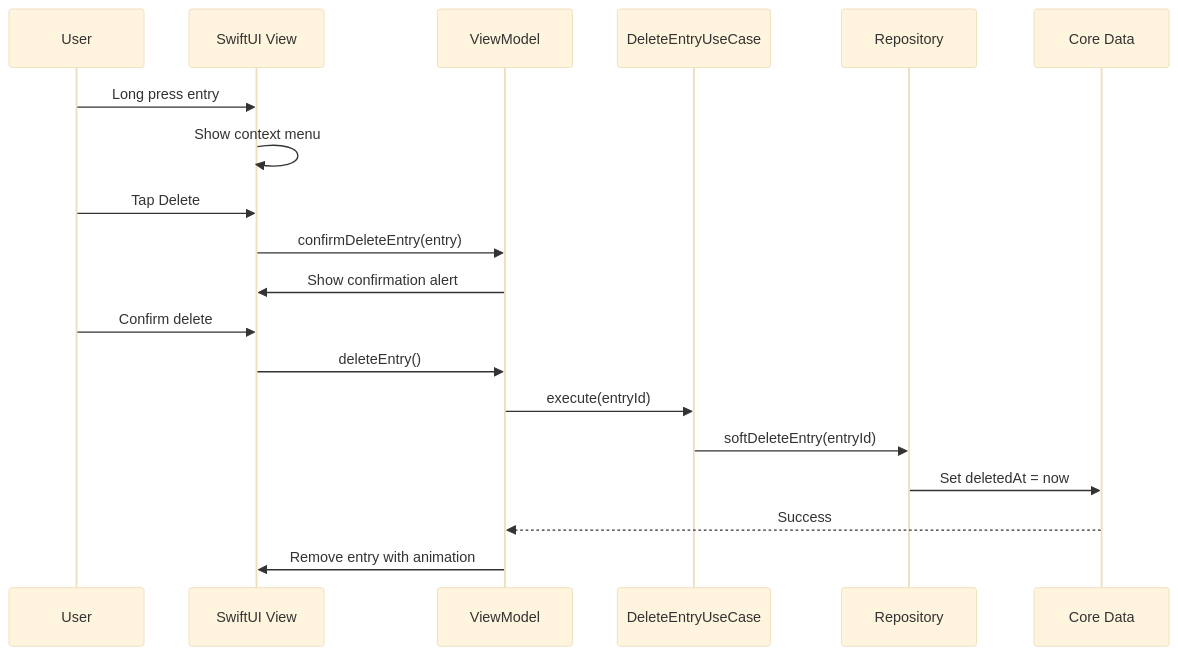
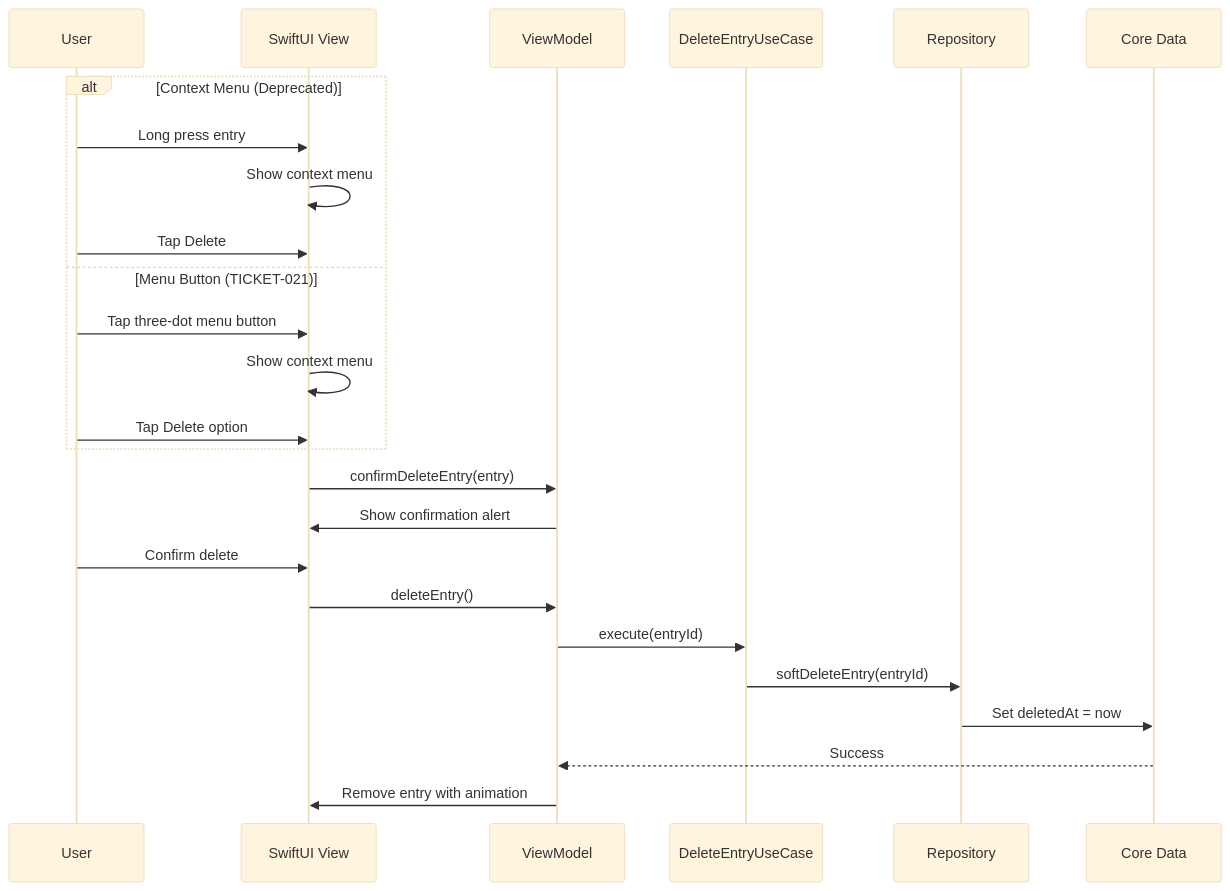
The eighth of 9 diagrams in Engineering/Technical-Implementation-Plan.md (ericzhou129/ThreadJournal2), drawn with Mermaid (base theme) before and after one commit. The commit also changed other lines of this file and 35 other files, not shown here.

````diff
--- a/Engineering/Technical-Implementation-Plan.md
+++ b/Engineering/Technical-Implementation-Plan.md
@@ -437,22 +522,28 @@
 ```mermaid
 sequenceDiagram
     participant User
     participant UI as SwiftUI View
     participant VM as ViewModel
     participant UC as DeleteEntryUseCase
     participant Repo as Repository
     participant DB as Core Data
 
-    User->>UI: Long press entry
-    UI->>UI: Show context menu
-    User->>UI: Tap Delete
+    alt Context Menu (Deprecated)
+        User->>UI: Long press entry
+        UI->>UI: Show context menu
+        User->>UI: Tap Delete
+    else Menu Button (TICKET-021)
+        User->>UI: Tap three-dot menu button
+        UI->>UI: Show context menu
+        User->>UI: Tap Delete option
+    end
     UI->>VM: confirmDeleteEntry(entry)
     VM->>UI: Show confirmation alert
     User->>UI: Confirm delete
     UI->>VM: deleteEntry()
     VM->>UC: execute(entryId)
     UC->>Repo: softDeleteEntry(entryId)
     Repo->>DB: Set deletedAt = now
     DB-->>VM: Success
     VM->>UI: Remove entry with animation
 ```
````
